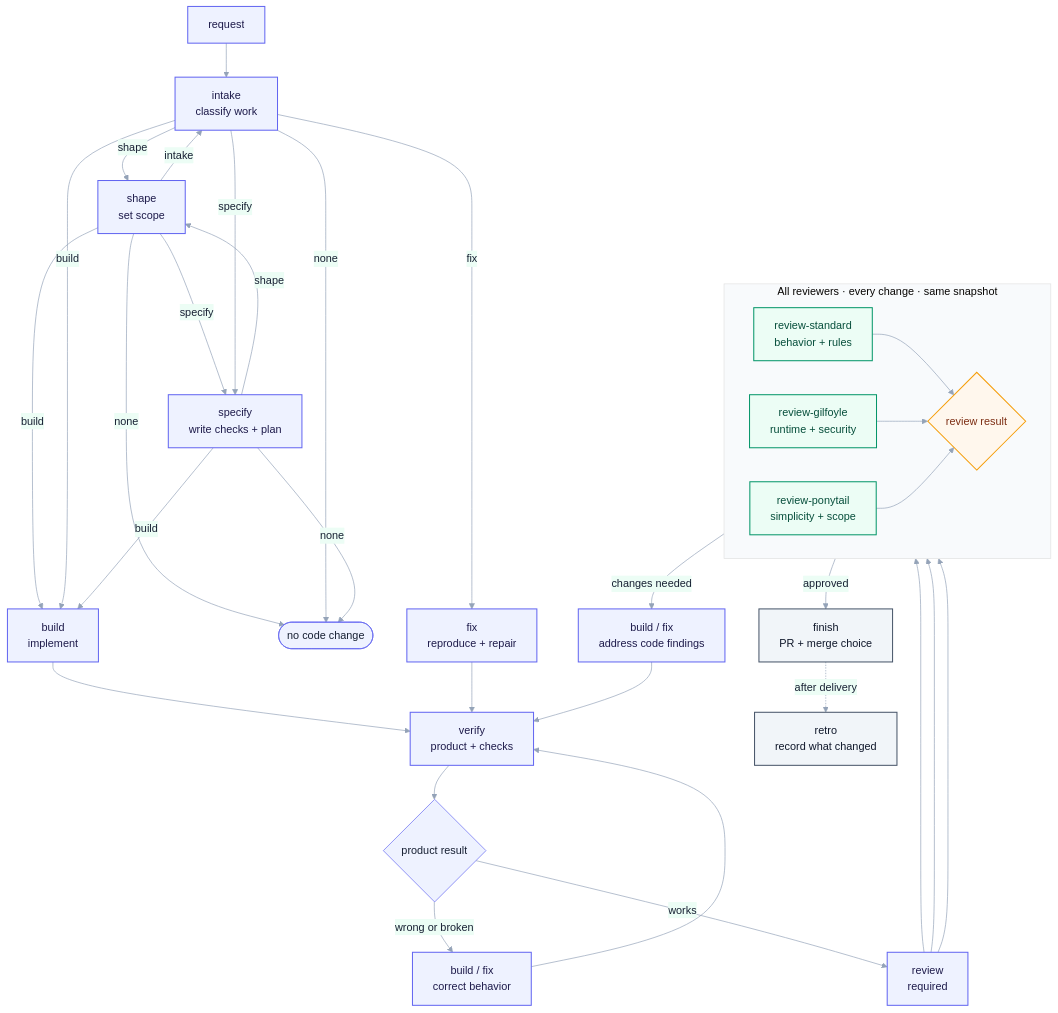
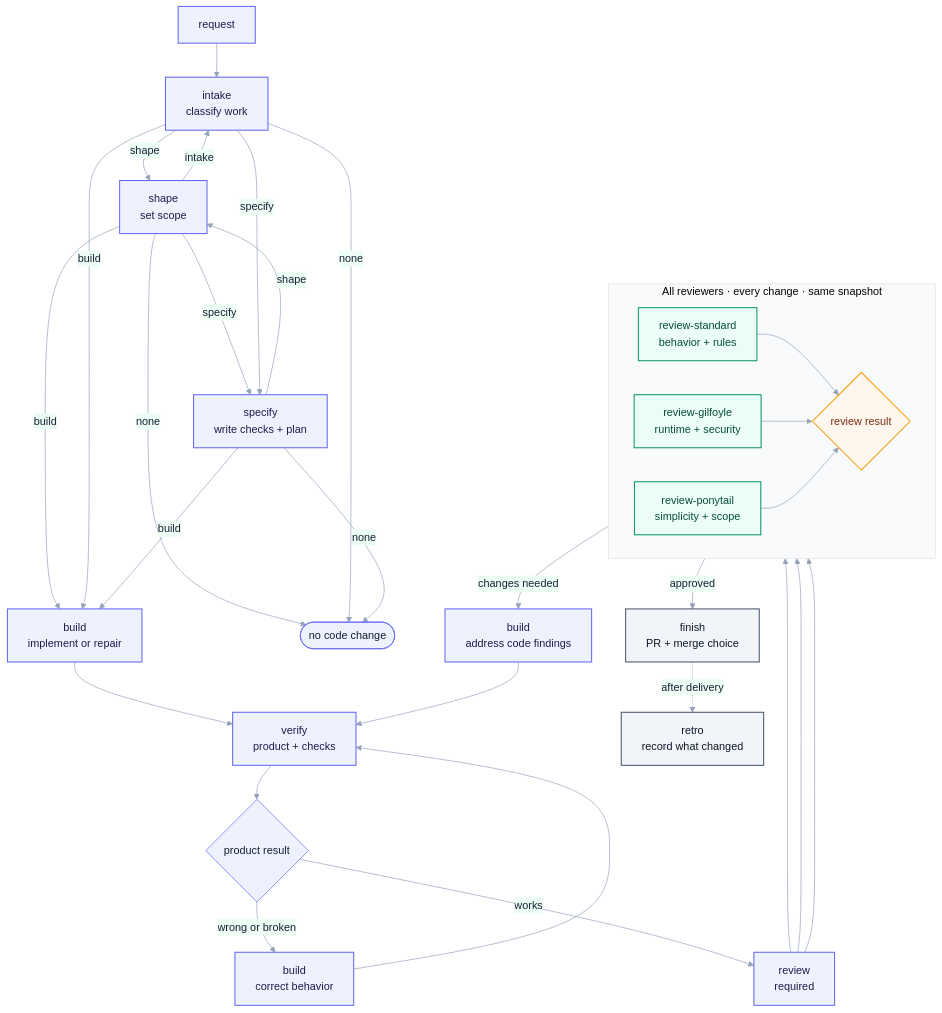
The second of 2 diagrams in README.md (Igloczek/skills), drawn with Mermaid before and after one commit. The commit also changed other lines of this file and 9 other files, not shown here.

````diff
--- a/README.md
+++ b/README.md
@@ -121,58 +123,55 @@
 ```mermaid
 %%{init: {"theme":"base","themeVariables":{"fontFamily":"ui-sans-serif,system-ui,sans-serif","lineColor":"#94a3b8","primaryColor":"#eef2ff","primaryTextColor":"#172033","primaryBorderColor":"#6366f1","secondaryColor":"#ecfdf5","tertiaryColor":"#f8fafc"}}}%%
 flowchart TD
     request["request"] --> intake["intake<br/>classify work"]
 
     intake -->|shape| shape["shape<br/>set scope"]
     shape -->|intake| intake
     shape -->|specify| specify["specify<br/>write checks + plan"]
-    shape -->|build| build["build<br/>implement"]
+    shape -->|build| build["build<br/>implement or repair"]
     shape -->|none| done(["no code change"])
 
     intake -->|specify| specify
     intake -->|build| build
-    intake -->|fix| fix["fix<br/>reproduce + repair"]
     intake -->|none| done
 
     specify -->|shape| shape
     specify -->|build| build
     specify -->|none| done
 
     build --> verify["verify<br/>product + checks"]
-    fix --> verify
-
     verify --> verify_result{"product result"}
-    verify_result -->|wrong or broken| product_rework["build / fix<br/>correct behavior"]
+    verify_result -->|wrong or broken| product_rework["build<br/>correct behavior"]
     product_rework --> verify
     verify_result -->|works| review["review<br/>required"]
 
     subgraph review_stage["All reviewers · every change · same snapshot"]
         direction LR
         standard_review["review-standard<br/>behavior + rules"]
         review_gilfoyle["review-gilfoyle<br/>runtime + security"]
         review_ponytail["review-ponytail<br/>simplicity + scope"]
         review_result{"review result"}
     end
 
     review --> standard_review
     review --> review_gilfoyle
     review --> review_ponytail
     standard_review --> review_result
     review_gilfoyle --> review_result
     review_ponytail --> review_result
 
     review_result -->|approved| finish["finish<br/>PR + merge choice"]
-    review_result -->|changes needed| code_rework["build / fix<br/>address code findings"]
+    review_result -->|changes needed| code_rework["build<br/>address code findings"]
     code_rework --> verify
 
     finish -. after delivery .-> retro["retro<br/>record what changed"]
 
     classDef core fill:#eef2ff,stroke:#6366f1,color:#1e1b4b,stroke-width:1.5px;
     classDef review fill:#ecfdf5,stroke:#059669,color:#064e3b,stroke-width:1.5px;
     classDef decision fill:#fff7ed,stroke:#f59e0b,color:#7c2d12,stroke-width:1.5px;
     classDef terminal fill:#f1f5f9,stroke:#475569,color:#0f172a,stroke-width:1.5px;
-    class request,intake,shape,specify,build,fix,review,product_rework,code_rework,verify core;
+    class request,intake,shape,specify,build,review,product_rework,code_rework,verify core;
     class standard_review,review_gilfoyle,review_ponytail review;
     class review_result decision;
     class finish,retro terminal;
 ```
````
